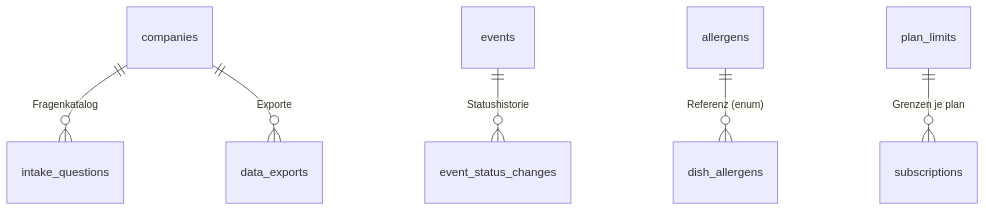
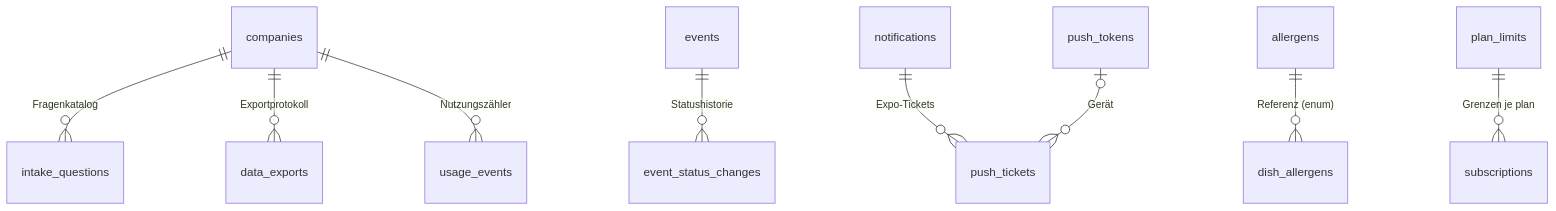
Before and after one commit to Maddin1337/catering-app: the second of 3 diagrams in docs/03-datenmodell.md, drawn with Mermaid. The commit also changed other lines of this file and 5 other files, not shown here.

````diff
--- a/docs/03-datenmodell.md
+++ b/docs/03-datenmodell.md
@@ -253,8 +260,11 @@
 ```mermaid
 erDiagram
     companies ||--o{ intake_questions : "Fragenkatalog"
     events ||--o{ event_status_changes : "Statushistorie"
-    companies ||--o{ data_exports : "Exporte"
+    companies ||--o{ data_exports : "Exportprotokoll"
+    notifications ||--o{ push_tickets : "Expo-Tickets"
+    push_tokens |o--o{ push_tickets : "Gerät"
+    companies ||--o{ usage_events : "Nutzungszähler"
     allergens ||--o{ dish_allergens : "Referenz (enum)"
     plan_limits ||--o{ subscriptions : "Grenzen je plan"
 ```
````
